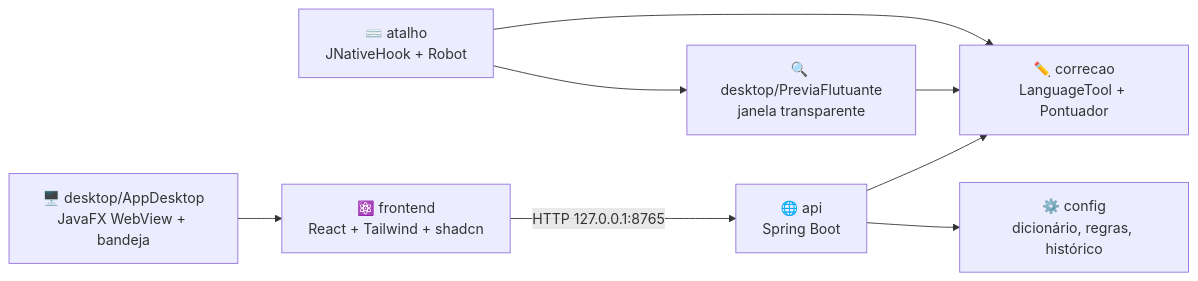
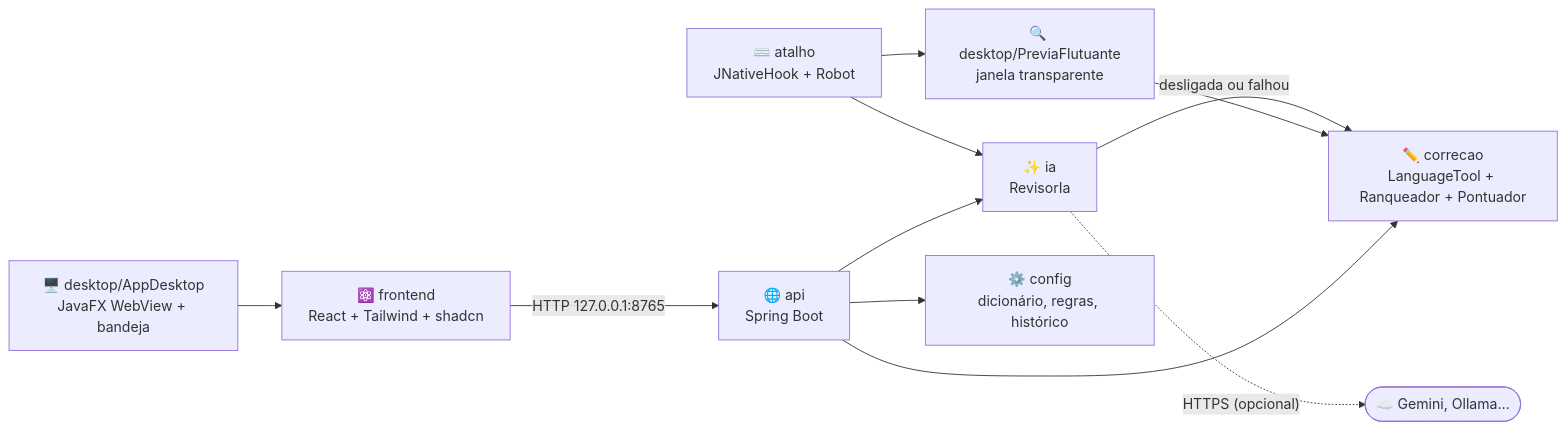
The diagram in README.md (MatheusEB/corretor-zap), drawn with Mermaid before and after one commit. The commit also changed other lines of this file and 4 other files, not shown here.

````diff
--- a/README.md
+++ b/README.md
@@ -102,10 +150,13 @@
 ```mermaid
 graph LR
-    atalho["⌨️ atalho<br/>JNativeHook + Robot"] --> corr["✏️ correcao<br/>LanguageTool + Pontuador"]
+    atalho["⌨️ atalho<br/>JNativeHook + Robot"] --> ia["✨ ia<br/>RevisorIa"]
+    ia -- "desligada ou falhou" --> corr["✏️ correcao<br/>LanguageTool + Ranqueador + Pontuador"]
+    ia -. "HTTPS (opcional)" .-> nuvem(["☁️ Gemini, Ollama…"])
     atalho --> previa["🔍 desktop/PreviaFlutuante<br/>janela transparente"]
     previa --> corr
     janela["🖥️ desktop/AppDesktop<br/>JavaFX WebView + bandeja"] --> painel["⚛️ frontend<br/>React + Tailwind + shadcn"]
     painel -- "HTTP 127.0.0.1:8765" --> api["🌐 api<br/>Spring Boot"]
     api --> corr
+    api --> ia
     api --> config["⚙️ config<br/>dicionário, regras, histórico"]
 ```
````
